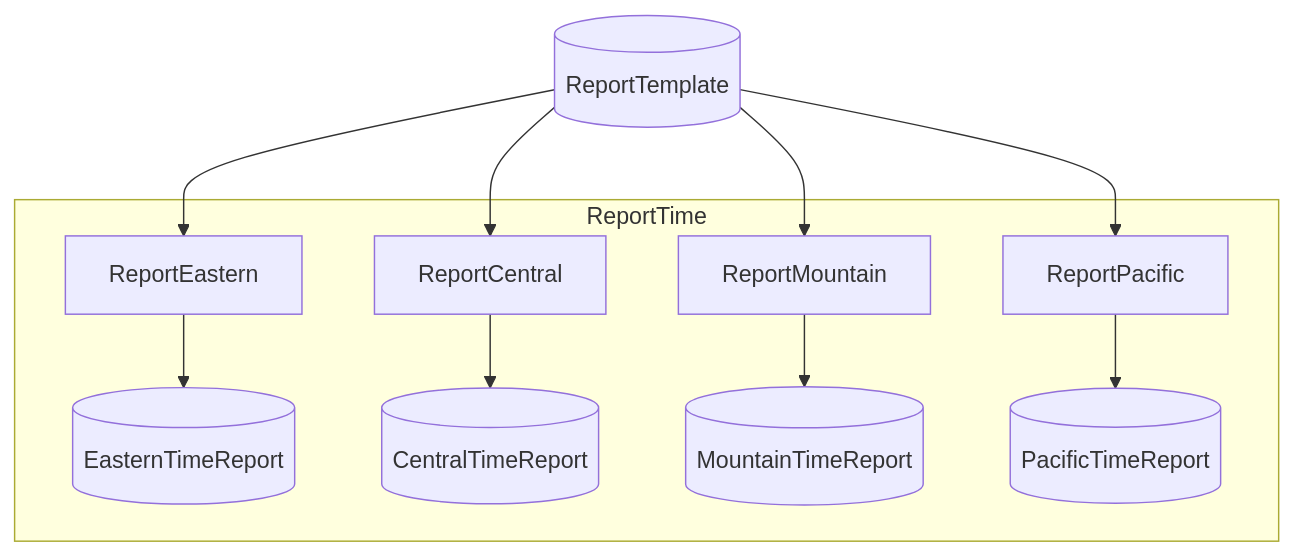
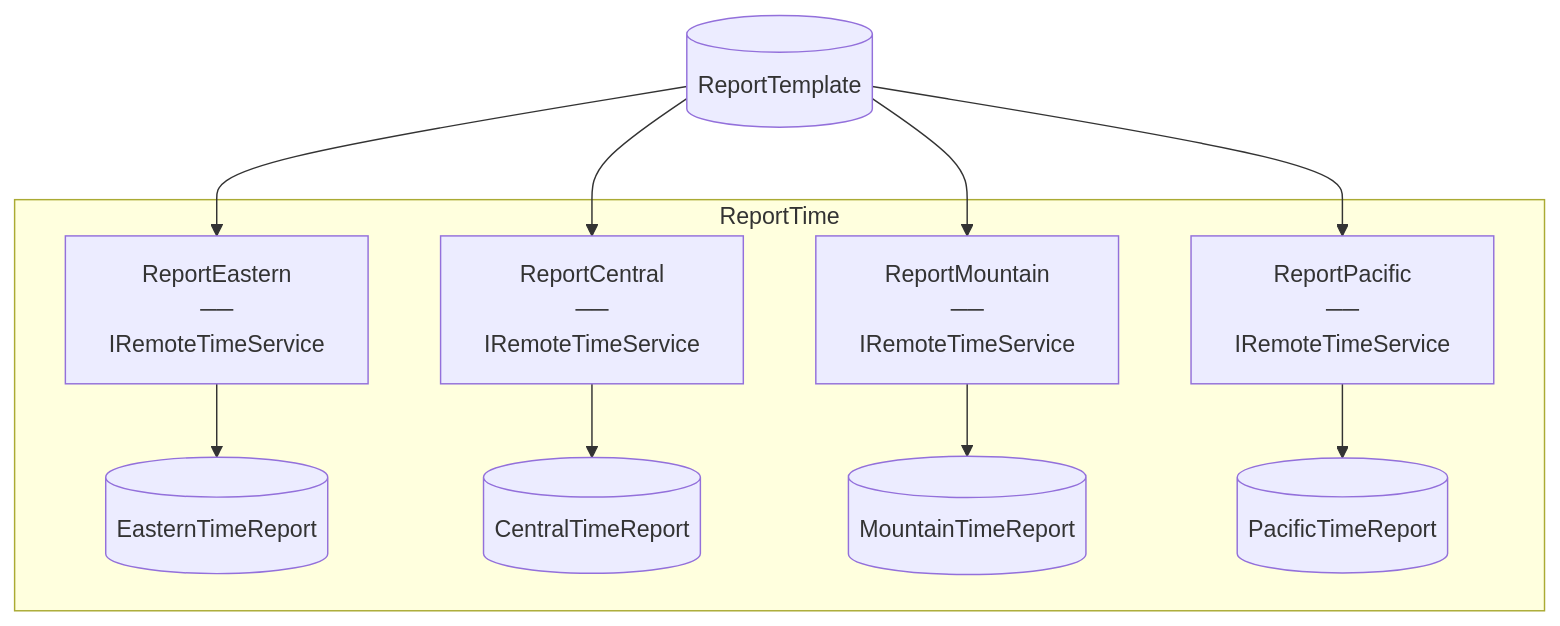
One commit to chaoticgoodcomputing/flowthru changed the diagram in examples/starter/SimpleEffectsExample/README.md. Above: the diagram before and after it, drawn with Mermaid. The commit also changed 16 other files, not shown here.

Commit message:
docs: update README examples with new mermaid output

````diff
--- a/examples/starter/SimpleEffectsExample/README.md
+++ b/examples/starter/SimpleEffectsExample/README.md
@@ -43,28 +43,28 @@
 ```mermaid
 flowchart TB
 
     %% External Data Inputs
     ReportTemplate[("ReportTemplate")]
 
     subgraph ReportTime["ReportTime"]
-        ReportEastern["ReportEastern"]
+        ReportEastern["ReportEastern<br>──<br>IRemoteTimeService"]
         EasternTimeReport[("EasternTimeReport")]
-        ReportCentral["ReportCentral"]
+        ReportCentral["ReportCentral<br>──<br>IRemoteTimeService"]
         CentralTimeReport[("CentralTimeReport")]
-        ReportMountain["ReportMountain"]
+        ReportMountain["ReportMountain<br>──<br>IRemoteTimeService"]
         MountainTimeReport[("MountainTimeReport")]
-        ReportPacific["ReportPacific"]
+        ReportPacific["ReportPacific<br>──<br>IRemoteTimeService"]
         PacificTimeReport[("PacificTimeReport")]
     end
 
     %% Edges
     ReportTemplate --> ReportEastern
     ReportEastern --> EasternTimeReport
     ReportTemplate --> ReportCentral
     ReportCentral --> CentralTimeReport
     ReportTemplate --> ReportMountain
     ReportMountain --> MountainTimeReport
     ReportTemplate --> ReportPacific
     ReportPacific --> PacificTimeReport
 
 ```
````
